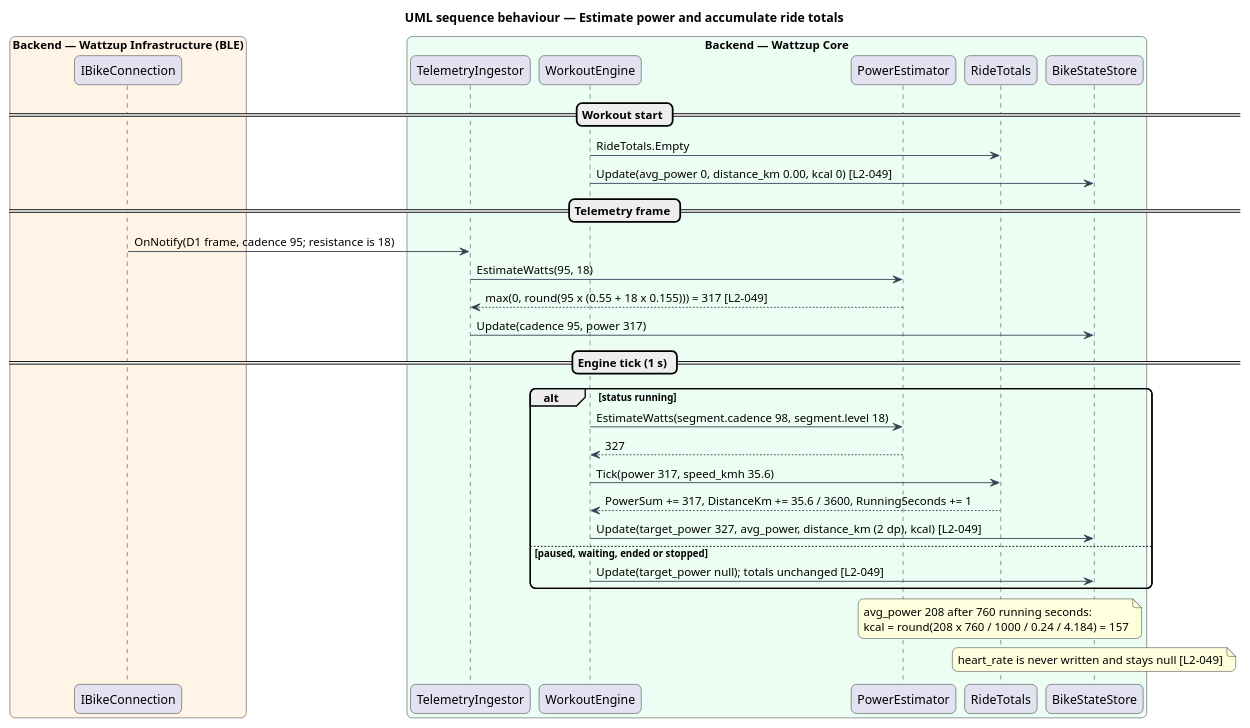
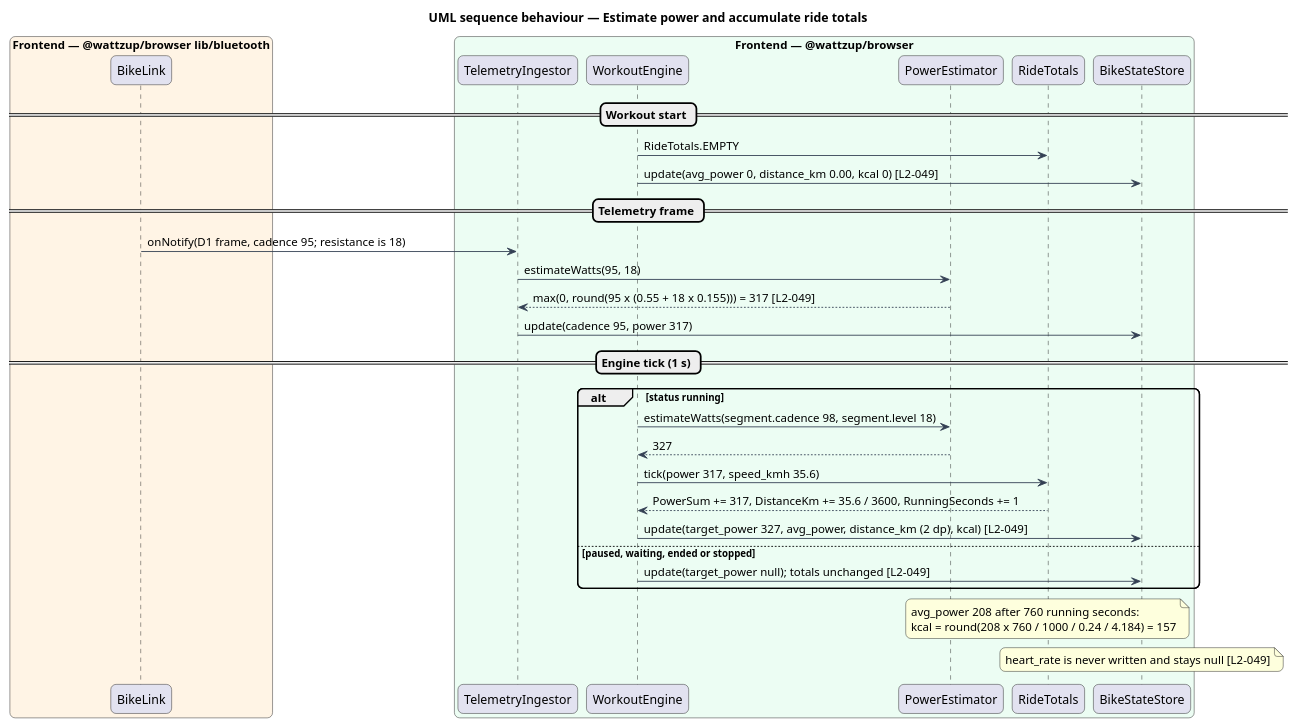
One commit to QuinntyneBrown/ride-one changed the diagram in docs/detailed-designs/telemetry/estimate-power-and-totals/diagrams/sequence-estimate-and-accumulate.puml. Above: the diagram before and after it, drawn with PlantUML. The commit also changed 547 other files, not shown here.

```diff
--- a/docs/detailed-designs/telemetry/estimate-power-and-totals/diagrams/sequence-estimate-and-accumulate.puml
+++ b/docs/detailed-designs/telemetry/estimate-power-and-totals/diagrams/sequence-estimate-and-accumulate.puml
@@ -1,41 +1,41 @@
 @startuml
 title UML sequence behaviour — Estimate power and accumulate ride totals
 skinparam backgroundColor #FFFFFF
 skinparam shadowing false
 skinparam roundcorner 12
 skinparam defaultFontName Arial
 skinparam ArrowColor #344054
-box "Backend — Wattzup Infrastructure (BLE)" #FFF4E5
-  participant "IBikeConnection" as conn
+box "Frontend — @wattzup/browser lib/bluetooth" #FFF4E5
+  participant "BikeLink" as conn
 end box
-box "Backend — Wattzup Core" #ECFDF3
+box "Frontend — @wattzup/browser" #ECFDF3
   participant "TelemetryIngestor" as ing
   participant "WorkoutEngine" as eng
   participant "PowerEstimator" as pow
   participant "RideTotals" as tot
   participant "BikeStateStore" as store
 end box
 
 == Workout start ==
-eng -> tot : RideTotals.Empty
-eng -> store : Update(avg_power 0, distance_km 0.00, kcal 0) [L2-049]
+eng -> tot : RideTotals.EMPTY
+eng -> store : update(avg_power 0, distance_km 0.00, kcal 0) [L2-049]
 
 == Telemetry frame ==
-conn -> ing : OnNotify(D1 frame, cadence 95; resistance is 18)
-ing -> pow : EstimateWatts(95, 18)
+conn -> ing : onNotify(D1 frame, cadence 95; resistance is 18)
+ing -> pow : estimateWatts(95, 18)
 pow --> ing : max(0, round(95 x (0.55 + 18 x 0.155))) = 317 [L2-049]
-ing -> store : Update(cadence 95, power 317)
+ing -> store : update(cadence 95, power 317)
 
 == Engine tick (1 s) ==
 alt status running
-  eng -> pow : EstimateWatts(segment.cadence 98, segment.level 18)
+  eng -> pow : estimateWatts(segment.cadence 98, segment.level 18)
   pow --> eng : 327
-  eng -> tot : Tick(power 317, speed_kmh 35.6)
+  eng -> tot : tick(power 317, speed_kmh 35.6)
   tot --> eng : PowerSum += 317, DistanceKm += 35.6 / 3600, RunningSeconds += 1
-  eng -> store : Update(target_power 327, avg_power, distance_km (2 dp), kcal) [L2-049]
+  eng -> store : update(target_power 327, avg_power, distance_km (2 dp), kcal) [L2-049]
 else paused, waiting, ended or stopped
-  eng -> store : Update(target_power null); totals unchanged [L2-049]
+  eng -> store : update(target_power null); totals unchanged [L2-049]
 end
 note over tot : avg_power 208 after 760 running seconds:\nkcal = round(208 x 760 / 1000 / 0.24 / 4.184) = 157
 note over store : heart_rate is never written and stays null [L2-049]
 @enduml
```
